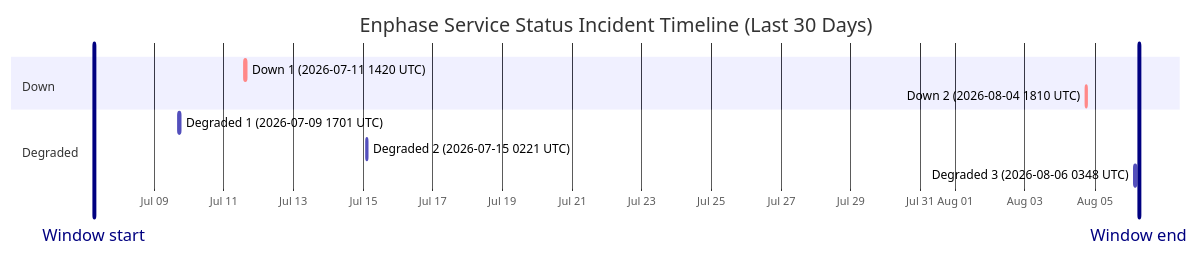
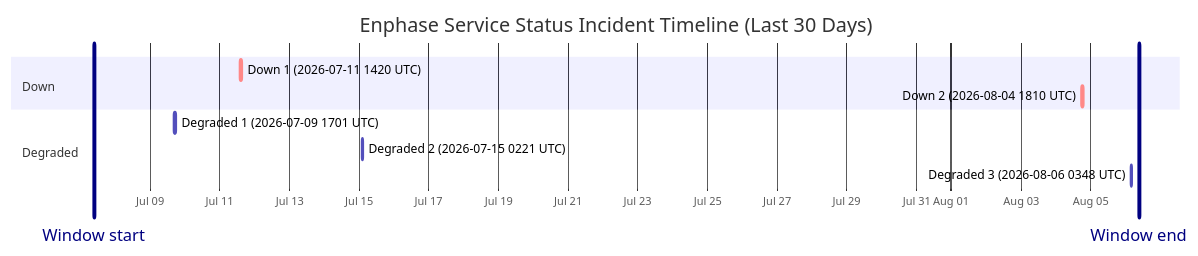
One commit to barneyonline/ha-enphase-energy changed the diagram in wiki/Service-Status-History.md. Above: the diagram before and after it, drawn with Mermaid. The commit also changed other lines of this file and 3 other files, not shown here.

````diff
--- a/wiki/Service-Status-History.md
+++ b/wiki/Service-Status-History.md
@@ -14,15 +14,15 @@
 ```mermaid
 gantt
     title Enphase Service Status Incident Timeline (Last 30 Days)
     dateFormat  YYYY-MM-DDTHH:mm:ss
     axisFormat  %b %d
-    Window start :vert, window-start, 2026-07-07T06:28:25, 0ms
-    Window end :vert, window-end, 2026-08-06T06:28:25, 0ms
+    Window start :vert, window-start, 2026-07-07T09:23:33, 0ms
+    Window end :vert, window-end, 2026-08-06T09:23:33, 0ms
     section Down
     Down 1 (2026-07-11 1420 UTC) :crit, down-1, 2026-07-11T14:20:54, 69m
     Down 2 (2026-08-04 1810 UTC) :crit, down-2, 2026-08-04T18:10:46, 60m
     section Degraded
     Degraded 1 (2026-07-09 1701 UTC) :active, degraded-1, 2026-07-09T17:01:02, 60m
     Degraded 2 (2026-07-15 0221 UTC) :active, degraded-2, 2026-07-15T02:21:35, 60m
     Degraded 3 (2026-08-06 0348 UTC) :active, degraded-3, 2026-08-06T03:48:14, 60m
 ```
````
